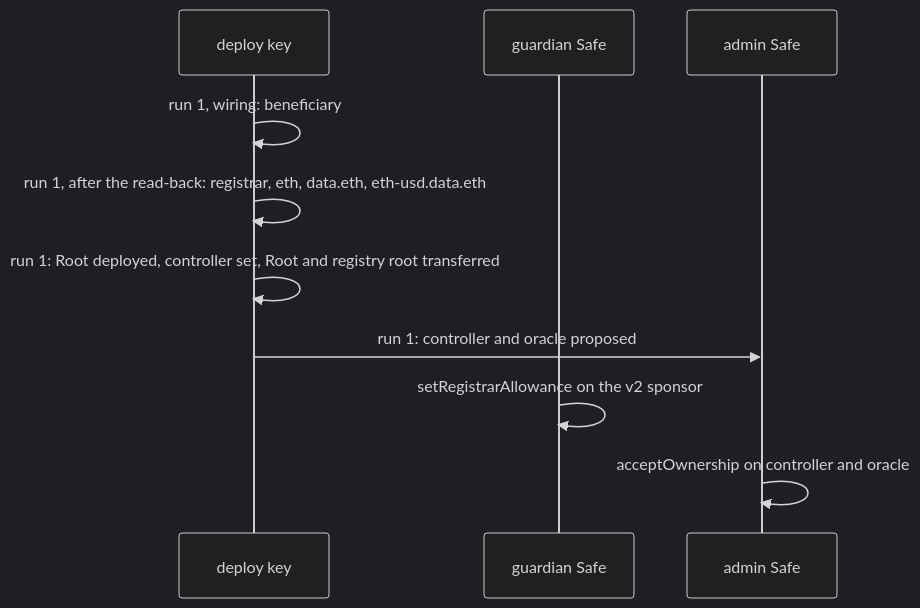
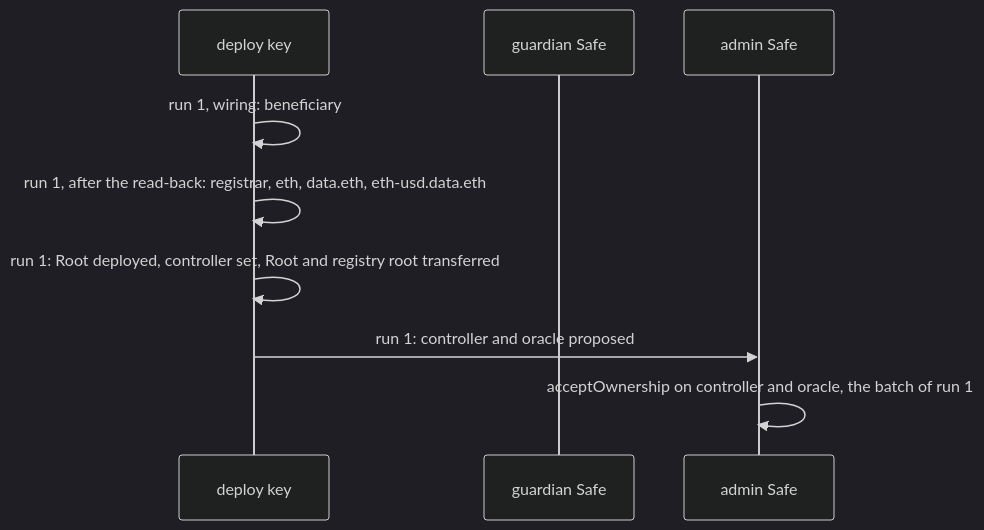
The sixth of 7 diagrams in docs/plans/upgradeable-stack.md (brenzi-agent/simplex-namespace-contract), drawn with Mermaid (dark theme) before and after one commit. The commit also changed other lines of this file and 1 other file, not shown here.

Commit message:
docs: plans with the registrar step, current pins and counts

````diff
--- a/docs/plans/upgradeable-stack.md
+++ b/docs/plans/upgradeable-stack.md
@@ -671,12 +682,11 @@
 ```mermaid
 sequenceDiagram
   participant D as deploy key
   participant G as guardian Safe
   participant A as admin Safe
   D->>D: run 1, wiring: beneficiary
   D->>D: run 1, after the read-back: registrar, eth, data.eth, eth-usd.data.eth
   D->>D: run 1: Root deployed, controller set, Root and registry root transferred
   D->>A: run 1: controller and oracle proposed
-  G->>G: setRegistrarAllowance on the v2 sponsor
-  A->>A: acceptOwnership on controller and oracle
+  A->>A: acceptOwnership on controller and oracle, the batch of run 1
 ```
````
